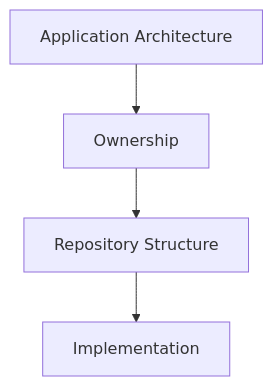
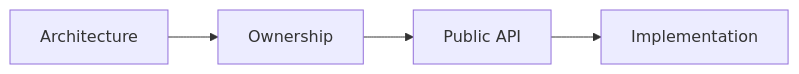
Before and after one commit to kjvonly/kjvonly.bible: the third of 3 diagrams in docs/05-development-guide/001-repository-organization.md, drawn with Mermaid. The commit also changed other lines of this file, not shown here.

````diff
--- a/docs/05-development-guide/001-repository-organization.md
+++ b/docs/05-development-guide/001-repository-organization.md
@@ -808,17 +312,17 @@
 ```mermaid
-flowchart TD
+flowchart LR
 
-    Architecture["Application Architecture"]
+    Architecture
 
-    Ownership["Ownership"]
+    Ownership
 
-    Structure["Repository Structure"]
+    PublicAPI["Public API"]
 
-    Code["Implementation"]
+    Implementation
 
     Architecture --> Ownership
 
-    Ownership --> Structure
+    Ownership --> PublicAPI
 
-    Structure --> Code
+    PublicAPI --> Implementation
 ```
````
